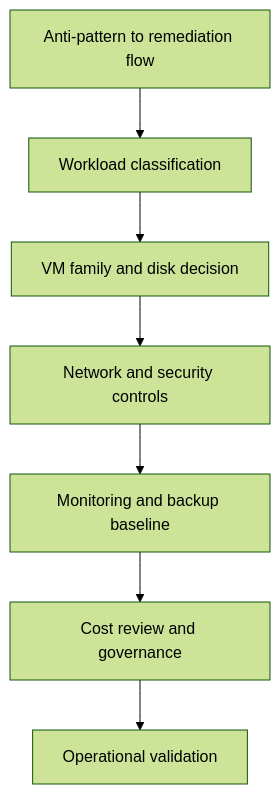
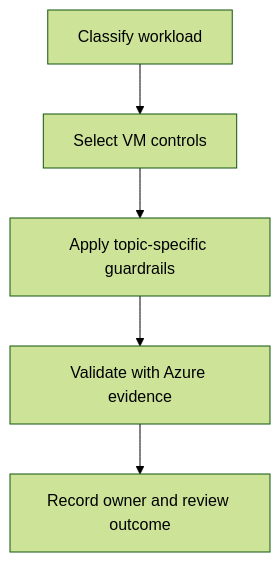
Before and after one commit to yeongseon/azure-virtual-machine-practical-guide: the diagram in docs/best-practices/common-anti-patterns.md, drawn with Mermaid (forest theme). The commit also changed other lines of this file and 79 other files, not shown here.

````diff
--- a/docs/best-practices/common-anti-patterns.md
+++ b/docs/best-practices/common-anti-patterns.md
@@ -39,9 +37,7 @@
 ```mermaid
 flowchart TD
-    A[Anti-pattern to remediation flow] --> B[Workload classification]
-    B --> C[VM family and disk decision]
-    C --> D[Network and security controls]
-    D --> E[Monitoring and backup baseline]
-    E --> F[Cost review and governance]
-    F --> G[Operational validation]
+    A[Classify workload] --> B[Select VM controls]
+    B --> C[Apply topic-specific guardrails]
+    C --> D[Validate with Azure evidence]
+    D --> E[Record owner and review outcome]
 ```
````
